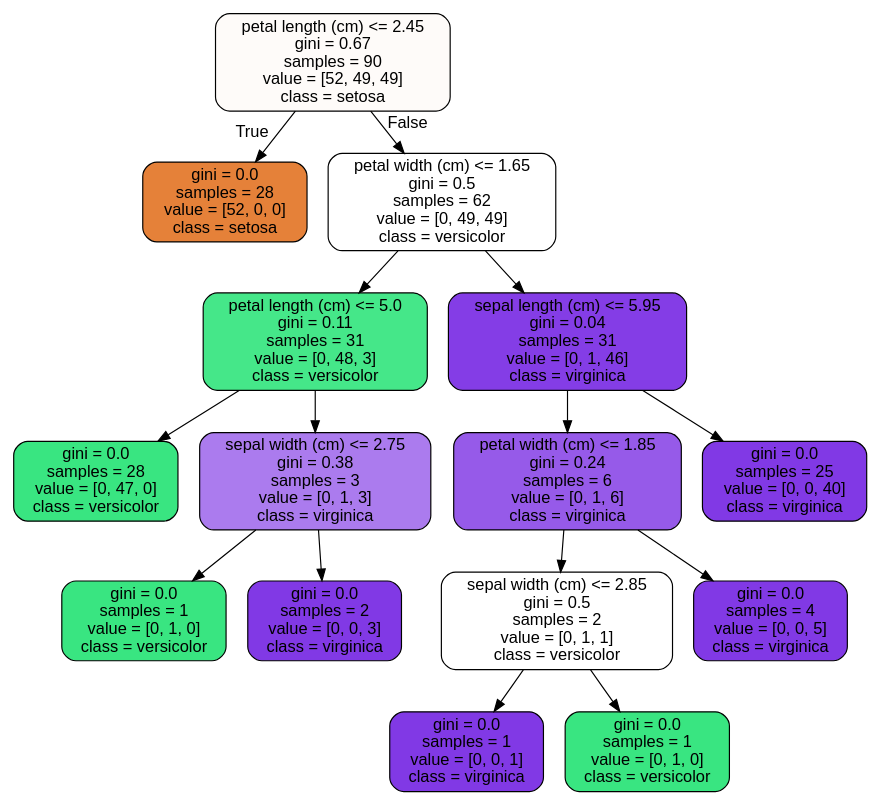
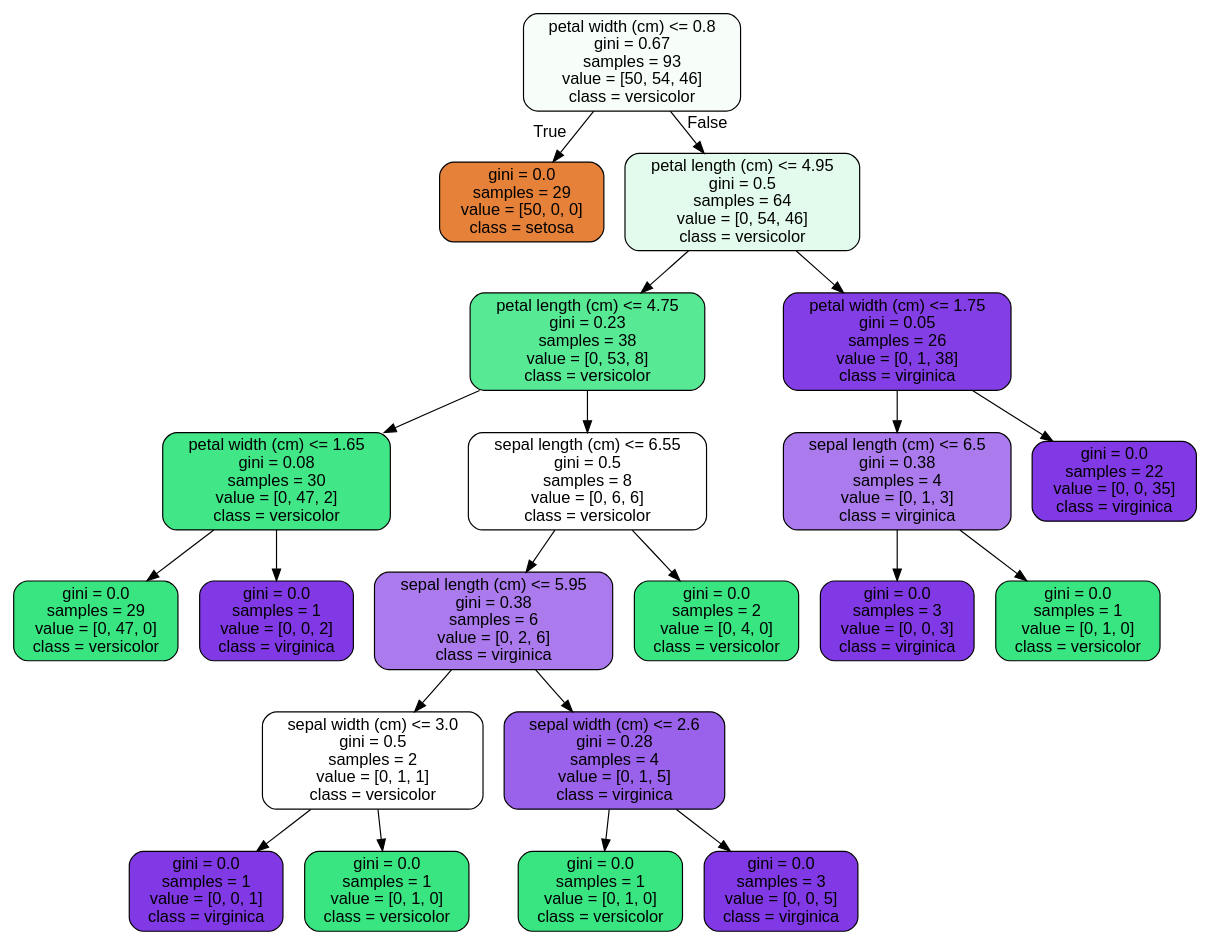
The diagram in Random_Forest_Covid_Case_Study/tree.dot (Vince-VC/Springboard), drawn with Graphviz before and after one commit. The commit also changed 1 other file, not shown here.

```diff
--- a/Random_Forest_Covid_Case_Study/tree.dot
+++ b/Random_Forest_Covid_Case_Study/tree.dot
@@ -1,33 +1,45 @@
 digraph Tree {
 node [shape=box, style="filled, rounded", color="black", fontname="helvetica"] ;
 edge [fontname="helvetica"] ;
-0 [label="petal length (cm) <= 2.45\ngini = 0.67\nsamples = 90\nvalue = [52, 49, 49]\nclass = setosa", fillcolor="#fefbf9"] ;
-1 [label="gini = 0.0\nsamples = 28\nvalue = [52, 0, 0]\nclass = setosa", fillcolor="#e58139"] ;
+0 [label="petal width (cm) <= 0.8\ngini = 0.67\nsamples = 93\nvalue = [50, 54, 46]\nclass = versicolor", fillcolor="#f7fefa"] ;
+1 [label="gini = 0.0\nsamples = 29\nvalue = [50, 0, 0]\nclass = setosa", fillcolor="#e58139"] ;
 0 -> 1 [labeldistance=2.5, labelangle=45, headlabel="True"] ;
-2 [label="petal width (cm) <= 1.65\ngini = 0.5\nsamples = 62\nvalue = [0, 49, 49]\nclass = versicolor", fillcolor="#ffffff"] ;
+2 [label="petal length (cm) <= 4.95\ngini = 0.5\nsamples = 64\nvalue = [0, 54, 46]\nclass = versicolor", fillcolor="#e2fbec"] ;
 0 -> 2 [labeldistance=2.5, labelangle=-45, headlabel="False"] ;
-3 [label="petal length (cm) <= 5.0\ngini = 0.11\nsamples = 31\nvalue = [0, 48, 3]\nclass = versicolor", fillcolor="#45e789"] ;
+3 [label="petal length (cm) <= 4.75\ngini = 0.23\nsamples = 38\nvalue = [0, 53, 8]\nclass = versicolor", fillcolor="#57e994"] ;
 2 -> 3 ;
-4 [label="gini = 0.0\nsamples = 28\nvalue = [0, 47, 0]\nclass = versicolor", fillcolor="#39e581"] ;
+4 [label="petal width (cm) <= 1.65\ngini = 0.08\nsamples = 30\nvalue = [0, 47, 2]\nclass = versicolor", fillcolor="#41e686"] ;
 3 -> 4 ;
-5 [label="sepal width (cm) <= 2.75\ngini = 0.38\nsamples = 3\nvalue = [0, 1, 3]\nclass = virginica", fillcolor="#ab7bee"] ;
-3 -> 5 ;
-6 [label="gini = 0.0\nsamples = 1\nvalue = [0, 1, 0]\nclass = versicolor", fillcolor="#39e581"] ;
-5 -> 6 ;
-7 [label="gini = 0.0\nsamples = 2\nvalue = [0, 0, 3]\nclass = virginica", fillcolor="#8139e5"] ;
-5 -> 7 ;
-8 [label="sepal length (cm) <= 5.95\ngini = 0.04\nsamples = 31\nvalue = [0, 1, 46]\nclass = virginica", fillcolor="#843de6"] ;
-2 -> 8 ;
-9 [label="petal width (cm) <= 1.85\ngini = 0.24\nsamples = 6\nvalue = [0, 1, 6]\nclass = virginica", fillcolor="#965ae9"] ;
+5 [label="gini = 0.0\nsamples = 29\nvalue = [0, 47, 0]\nclass = versicolor", fillcolor="#39e581"] ;
+4 -> 5 ;
+6 [label="gini = 0.0\nsamples = 1\nvalue = [0, 0, 2]\nclass = virginica", fillcolor="#8139e5"] ;
+4 -> 6 ;
+7 [label="sepal length (cm) <= 6.55\ngini = 0.5\nsamples = 8\nvalue = [0, 6, 6]\nclass = versicolor", fillcolor="#ffffff"] ;
+3 -> 7 ;
+8 [label="sepal length (cm) <= 5.95\ngini = 0.38\nsamples = 6\nvalue = [0, 2, 6]\nclass = virginica", fillcolor="#ab7bee"] ;
+7 -> 8 ;
+9 [label="sepal width (cm) <= 3.0\ngini = 0.5\nsamples = 2\nvalue = [0, 1, 1]\nclass = versicolor", fillcolor="#ffffff"] ;
 8 -> 9 ;
-10 [label="sepal width (cm) <= 2.85\ngini = 0.5\nsamples = 2\nvalue = [0, 1, 1]\nclass = versicolor", fillcolor="#ffffff"] ;
+10 [label="gini = 0.0\nsamples = 1\nvalue = [0, 0, 1]\nclass = virginica", fillcolor="#8139e5"] ;
 9 -> 10 ;
-11 [label="gini = 0.0\nsamples = 1\nvalue = [0, 0, 1]\nclass = virginica", fillcolor="#8139e5"] ;
-10 -> 11 ;
-12 [label="gini = 0.0\nsamples = 1\nvalue = [0, 1, 0]\nclass = versicolor", fillcolor="#39e581"] ;
-10 -> 12 ;
-13 [label="gini = 0.0\nsamples = 4\nvalue = [0, 0, 5]\nclass = virginica", fillcolor="#8139e5"] ;
-9 -> 13 ;
-14 [label="gini = 0.0\nsamples = 25\nvalue = [0, 0, 40]\nclass = virginica", fillcolor="#8139e5"] ;
-8 -> 14 ;
+11 [label="gini = 0.0\nsamples = 1\nvalue = [0, 1, 0]\nclass = versicolor", fillcolor="#39e581"] ;
+9 -> 11 ;
+12 [label="sepal width (cm) <= 2.6\ngini = 0.28\nsamples = 4\nvalue = [0, 1, 5]\nclass = virginica", fillcolor="#9a61ea"] ;
+8 -> 12 ;
+13 [label="gini = 0.0\nsamples = 1\nvalue = [0, 1, 0]\nclass = versicolor", fillcolor="#39e581"] ;
+12 -> 13 ;
+14 [label="gini = 0.0\nsamples = 3\nvalue = [0, 0, 5]\nclass = virginica", fillcolor="#8139e5"] ;
+12 -> 14 ;
+15 [label="gini = 0.0\nsamples = 2\nvalue = [0, 4, 0]\nclass = versicolor", fillcolor="#39e581"] ;
+7 -> 15 ;
+16 [label="petal width (cm) <= 1.75\ngini = 0.05\nsamples = 26\nvalue = [0, 1, 38]\nclass = virginica", fillcolor="#843ee6"] ;
+2 -> 16 ;
+17 [label="sepal length (cm) <= 6.5\ngini = 0.38\nsamples = 4\nvalue = [0, 1, 3]\nclass = virginica", fillcolor="#ab7bee"] ;
+16 -> 17 ;
+18 [label="gini = 0.0\nsamples = 3\nvalue = [0, 0, 3]\nclass = virginica", fillcolor="#8139e5"] ;
+17 -> 18 ;
+19 [label="gini = 0.0\nsamples = 1\nvalue = [0, 1, 0]\nclass = versicolor", fillcolor="#39e581"] ;
+17 -> 19 ;
+20 [label="gini = 0.0\nsamples = 22\nvalue = [0, 0, 35]\nclass = virginica", fillcolor="#8139e5"] ;
+16 -> 20 ;
 }
```
